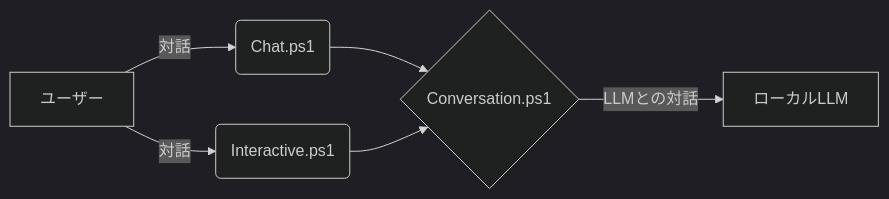
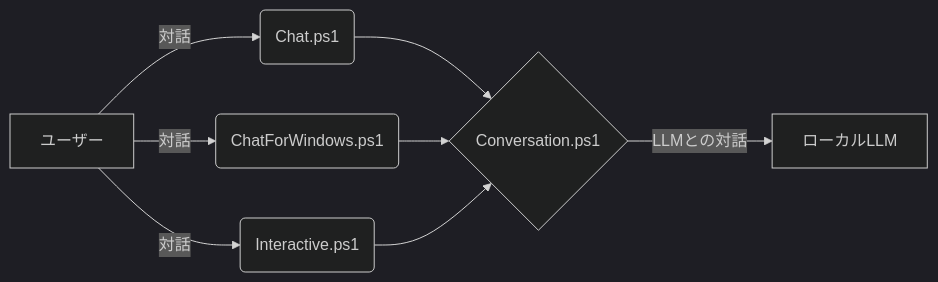
The second of 6 diagrams in README.md (SparklingDetergent/src_genai_Script_to_use_local_LLM_with_llama.cpp_and_PowerShell), drawn with Mermaid (dark theme) before and after one commit. The commit also changed other lines of this file, not shown here.

````diff
--- a/README.md
+++ b/README.md
@@ -51,8 +53,10 @@
 ```mermaid
 graph LR
     A[ユーザー] -- 対話 --> B(Chat.ps1)
-    A -- 対話 --> C(Interactive.ps1)
+    A -- 対話 --> F(Interactive.ps1)
+    A[ユーザー] -- 対話 --> C(ChatForWindows.ps1)
     B --> D{Conversation.ps1}
     C --> D
+    F --> D
     D -- LLMとの対話 --> E[ローカルLLM]
 ```
````
